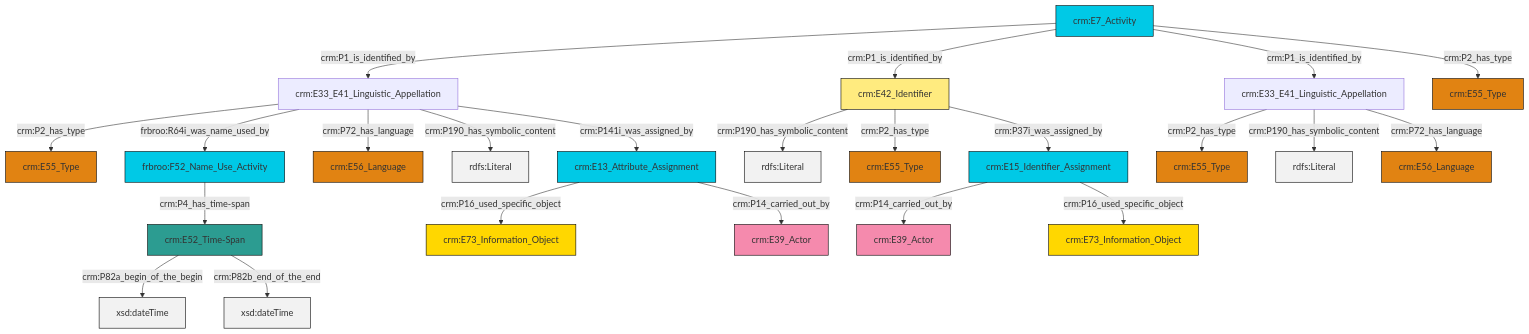
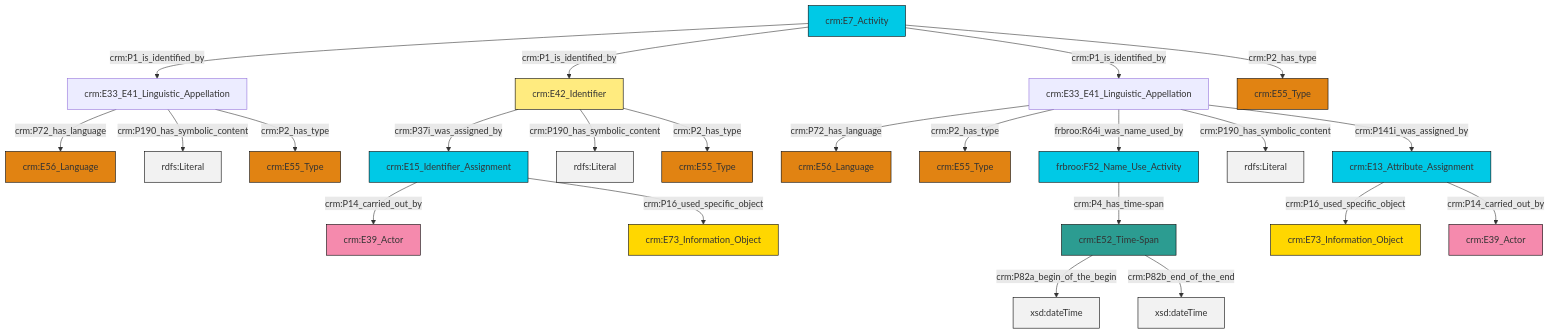
Before and after one commit to swiss-art-research-net/docs.swissartresearch: the diagram in et/eventCSV/ttl/mmd/event_name.ttl.mmd, drawn with Mermaid. The commit also changed 180 other files, not shown here.

```diff
--- a/et/eventCSV/ttl/mmd/event_name.ttl.mmd
+++ b/et/eventCSV/ttl/mmd/event_name.ttl.mmd
@@ -1,37 +1,37 @@
 graph TD
 classDef Literal fill:#f2f2f2,stroke:#000000;
 classDef CRM_Entity fill:#FFFFFF,stroke:#000000;
 classDef Temporal_Entity fill:#00C9E6, stroke:#000000;
 classDef Type fill:#E18312, stroke:#000000;
 classDef Time-Span fill:#2C9C91, stroke:#000000;
 classDef Appellation fill:#FFEB7F, stroke:#000000;
 classDef Place fill:#008836, stroke:#000000;
 classDef Persistent_Item fill:#B266B2, stroke:#000000;
 classDef Conceptual_Object fill:#FFD700, stroke:#000000;
 classDef Physical_Thing fill:#D2B48C, stroke:#000000;
 classDef Actor fill:#f58aad, stroke:#000000;
 classDef PC_Classes fill:#4ce600, stroke:#000000;
 classDef Multi fill:#cccccc,stroke:#000000;
 
-6["crm:E52_Time-Span"]:::Time-Span -->|crm:P82a_begin_of_the_begin| 7[xsd:dateTime]:::Literal
-10["crm:E33_E41_Linguistic_Appellation"]:::Default -->|crm:P2_has_type| 11["crm:E55_Type"]:::Type
-12["crm:E15_Identifier_Assignment"]:::Temporal_Entity -->|crm:P14_carried_out_by| 13["crm:E39_Actor"]:::Actor
-0["crm:E42_Identifier"]:::Appellation -->|crm:P190_has_symbolic_content| 19[rdfs:Literal]:::Literal
-20["frbroo:F52_Name_Use_Activity"]:::Temporal_Entity -->|crm:P4_has_time-span| 6["crm:E52_Time-Span"]:::Time-Span
-0["crm:E42_Identifier"]:::Appellation -->|crm:P2_has_type| 21["crm:E55_Type"]:::Type
-10["crm:E33_E41_Linguistic_Appellation"]:::Default -->|crm:P190_has_symbolic_content| 22[rdfs:Literal]:::Literal
-10["crm:E33_E41_Linguistic_Appellation"]:::Default -->|crm:P72_has_language| 4["crm:E56_Language"]:::Type
-24["crm:E7_Activity"]:::Temporal_Entity -->|crm:P1_is_identified_by| 15["crm:E33_E41_Linguistic_Appellation"]:::Default
-6["crm:E52_Time-Span"]:::Time-Span -->|crm:P82b_end_of_the_end| 25[xsd:dateTime]:::Literal
-12["crm:E15_Identifier_Assignment"]:::Temporal_Entity -->|crm:P16_used_specific_object| 31["crm:E73_Information_Object"]:::Conceptual_Object
-24["crm:E7_Activity"]:::Temporal_Entity -->|crm:P1_is_identified_by| 0["crm:E42_Identifier"]:::Appellation
-24["crm:E7_Activity"]:::Temporal_Entity -->|crm:P1_is_identified_by| 10["crm:E33_E41_Linguistic_Appellation"]:::Default
-0["crm:E42_Identifier"]:::Appellation -->|crm:P37i_was_assigned_by| 12["crm:E15_Identifier_Assignment"]:::Temporal_Entity
-17["crm:E13_Attribute_Assignment"]:::Temporal_Entity -->|crm:P16_used_specific_object| 35["crm:E73_Information_Object"]:::Conceptual_Object
-15["crm:E33_E41_Linguistic_Appellation"]:::Default -->|crm:P2_has_type| 8["crm:E55_Type"]:::Type
-17["crm:E13_Attribute_Assignment"]:::Temporal_Entity -->|crm:P14_carried_out_by| 33["crm:E39_Actor"]:::Actor
-24["crm:E7_Activity"]:::Temporal_Entity -->|crm:P2_has_type| 2["crm:E55_Type"]:::Type
-15["crm:E33_E41_Linguistic_Appellation"]:::Default -->|frbroo:R64i_was_name_used_by| 20["frbroo:F52_Name_Use_Activity"]:::Temporal_Entity
-15["crm:E33_E41_Linguistic_Appellation"]:::Default -->|crm:P72_has_language| 26["crm:E56_Language"]:::Type
-15["crm:E33_E41_Linguistic_Appellation"]:::Default -->|crm:P190_has_symbolic_content| 41[rdfs:Literal]:::Literal
-15["crm:E33_E41_Linguistic_Appellation"]:::Default -->|crm:P141i_was_assigned_by| 17["crm:E13_Attribute_Assignment"]:::Temporal_Entity
+0["crm:E33_E41_Linguistic_Appellation"]:::Default -->|crm:P72_has_language| 1["crm:E56_Language"]:::Type
+4["crm:E7_Activity"]:::Temporal_Entity -->|crm:P1_is_identified_by| 0["crm:E33_E41_Linguistic_Appellation"]:::Default
+0["crm:E33_E41_Linguistic_Appellation"]:::Default -->|crm:P190_has_symbolic_content| 9[rdfs:Literal]:::Literal
+13["crm:E52_Time-Span"]:::Time-Span -->|crm:P82a_begin_of_the_begin| 14[xsd:dateTime]:::Literal
+2["crm:E33_E41_Linguistic_Appellation"]:::Default -->|crm:P72_has_language| 15["crm:E56_Language"]:::Type
+2["crm:E33_E41_Linguistic_Appellation"]:::Default -->|crm:P2_has_type| 17["crm:E55_Type"]:::Type
+4["crm:E7_Activity"]:::Temporal_Entity -->|crm:P1_is_identified_by| 18["crm:E42_Identifier"]:::Appellation
+18["crm:E42_Identifier"]:::Appellation -->|crm:P37i_was_assigned_by| 20["crm:E15_Identifier_Assignment"]:::Temporal_Entity
+13["crm:E52_Time-Span"]:::Time-Span -->|crm:P82b_end_of_the_end| 23[xsd:dateTime]:::Literal
+2["crm:E33_E41_Linguistic_Appellation"]:::Default -->|frbroo:R64i_was_name_used_by| 24["frbroo:F52_Name_Use_Activity"]:::Temporal_Entity
+2["crm:E33_E41_Linguistic_Appellation"]:::Default -->|crm:P190_has_symbolic_content| 25[rdfs:Literal]:::Literal
+20["crm:E15_Identifier_Assignment"]:::Temporal_Entity -->|crm:P14_carried_out_by| 28["crm:E39_Actor"]:::Actor
+24["frbroo:F52_Name_Use_Activity"]:::Temporal_Entity -->|crm:P4_has_time-span| 13["crm:E52_Time-Span"]:::Time-Span
+26["crm:E13_Attribute_Assignment"]:::Temporal_Entity -->|crm:P16_used_specific_object| 31["crm:E73_Information_Object"]:::Conceptual_Object
+4["crm:E7_Activity"]:::Temporal_Entity -->|crm:P1_is_identified_by| 2["crm:E33_E41_Linguistic_Appellation"]:::Default
+0["crm:E33_E41_Linguistic_Appellation"]:::Default -->|crm:P2_has_type| 7["crm:E55_Type"]:::Type
+26["crm:E13_Attribute_Assignment"]:::Temporal_Entity -->|crm:P14_carried_out_by| 10["crm:E39_Actor"]:::Actor
+4["crm:E7_Activity"]:::Temporal_Entity -->|crm:P2_has_type| 29["crm:E55_Type"]:::Type
+18["crm:E42_Identifier"]:::Appellation -->|crm:P190_has_symbolic_content| 35[rdfs:Literal]:::Literal
+2["crm:E33_E41_Linguistic_Appellation"]:::Default -->|crm:P141i_was_assigned_by| 26["crm:E13_Attribute_Assignment"]:::Temporal_Entity
+18["crm:E42_Identifier"]:::Appellation -->|crm:P2_has_type| 5["crm:E55_Type"]:::Type
+20["crm:E15_Identifier_Assignment"]:::Temporal_Entity -->|crm:P16_used_specific_object| 40["crm:E73_Information_Object"]:::Conceptual_Object
```
